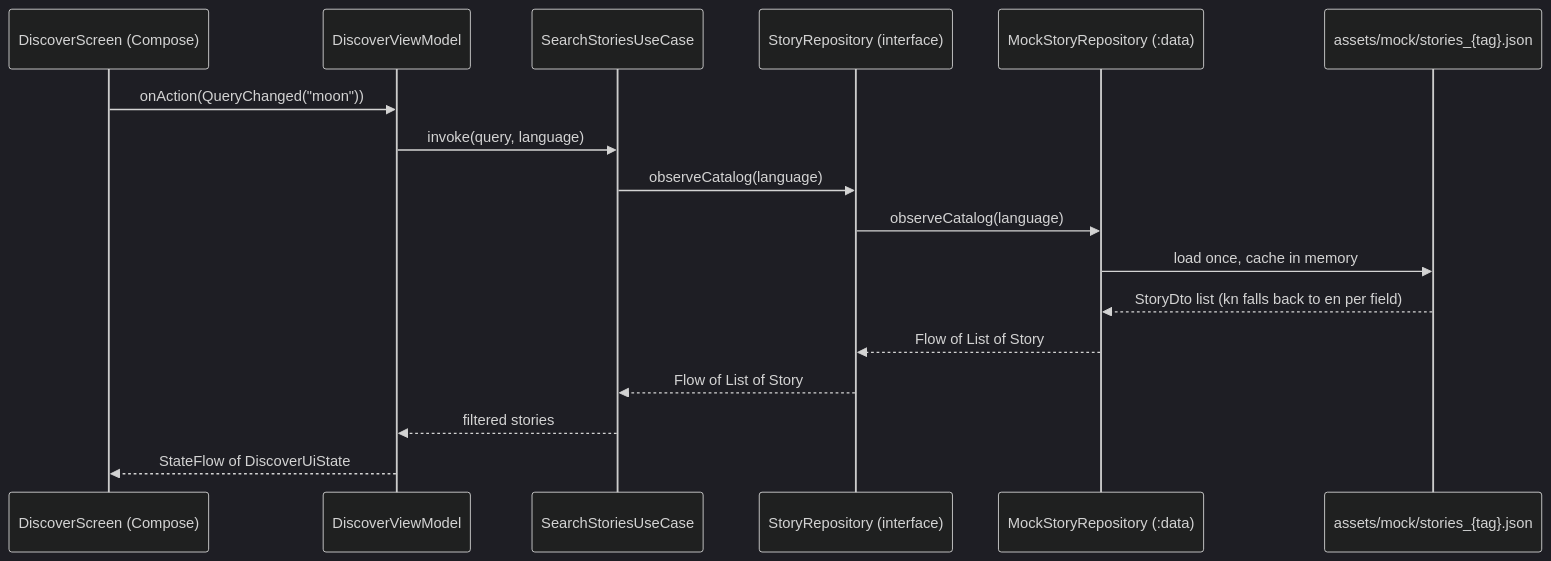
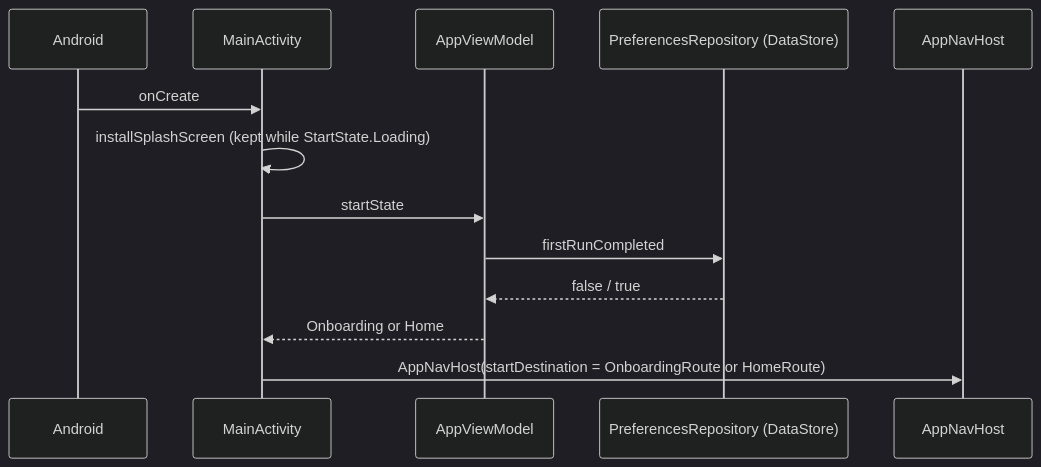
Before and after one commit to shivayogih/LittleStory: the third of 6 diagrams in docs/architecture/high-level-design.md, drawn with Mermaid (dark theme). The commit also changed other lines of this file and 2 other files, not shown here.

First line of the commit message:
Add Android low-level design and update high-level design to the built app

````diff
--- a/docs/architecture/high-level-design.md
+++ b/docs/architecture/high-level-design.md
@@ -68,19 +86,15 @@
 ```mermaid
 sequenceDiagram
-    participant S as DiscoverScreen (Compose)
-    participant VM as DiscoverViewModel
-    participant UC as SearchStoriesUseCase
-    participant R as StoryRepository (interface)
-    participant I as MockStoryRepository (:data)
-    participant J as assets/mock/stories_{tag}.json
-    S->>VM: onAction(QueryChanged("moon"))
-    VM->>UC: invoke(query, language)
-    UC->>R: observeCatalog(language)
-    R->>I: observeCatalog(language)
-    I->>J: load once, cache in memory
-    J-->>I: StoryDto list (kn falls back to en per field)
-    I-->>R: Flow of List of Story
-    R-->>UC: Flow of List of Story
-    UC-->>VM: filtered stories
-    VM-->>S: StateFlow of DiscoverUiState
+    participant OS as Android
+    participant A as MainActivity
+    participant VM as AppViewModel
+    participant P as PreferencesRepository (DataStore)
+    participant N as AppNavHost
+    OS->>A: onCreate
+    A->>A: installSplashScreen (kept while StartState.Loading)
+    A->>VM: startState
+    VM->>P: firstRunCompleted
+    P-->>VM: false / true
+    VM-->>A: Onboarding or Home
+    A->>N: AppNavHost(startDestination = OnboardingRoute or HomeRoute)
 ```
````
